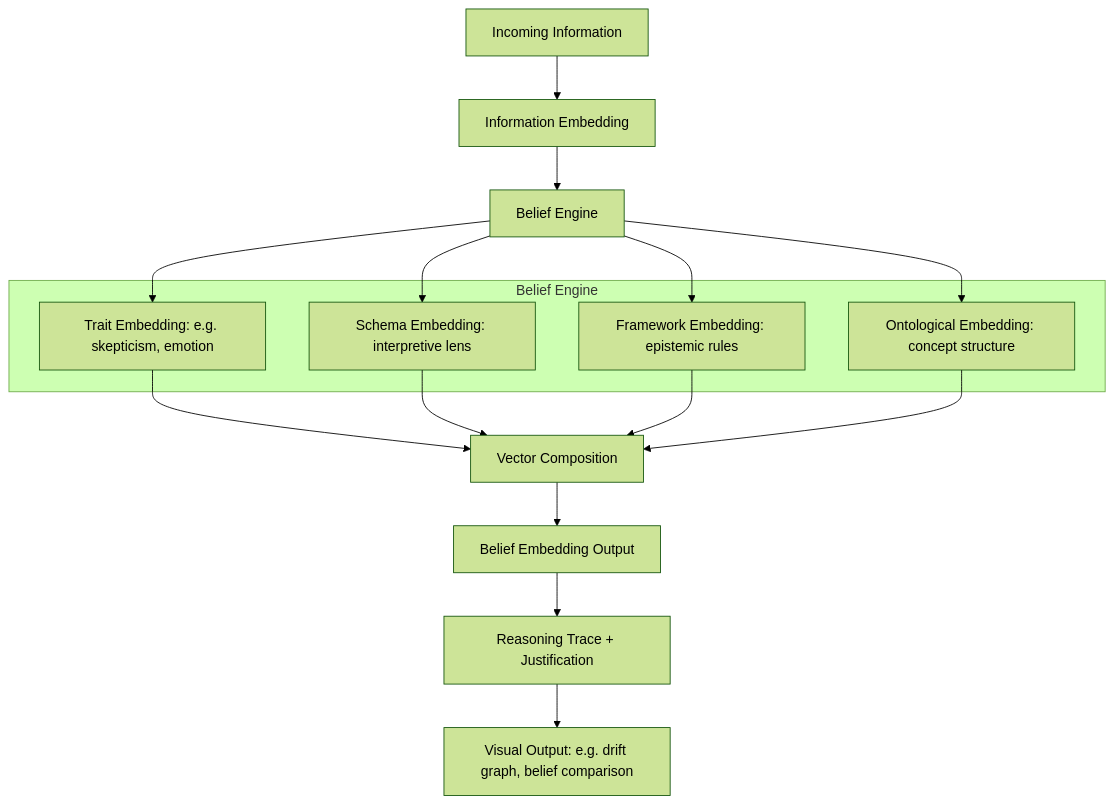
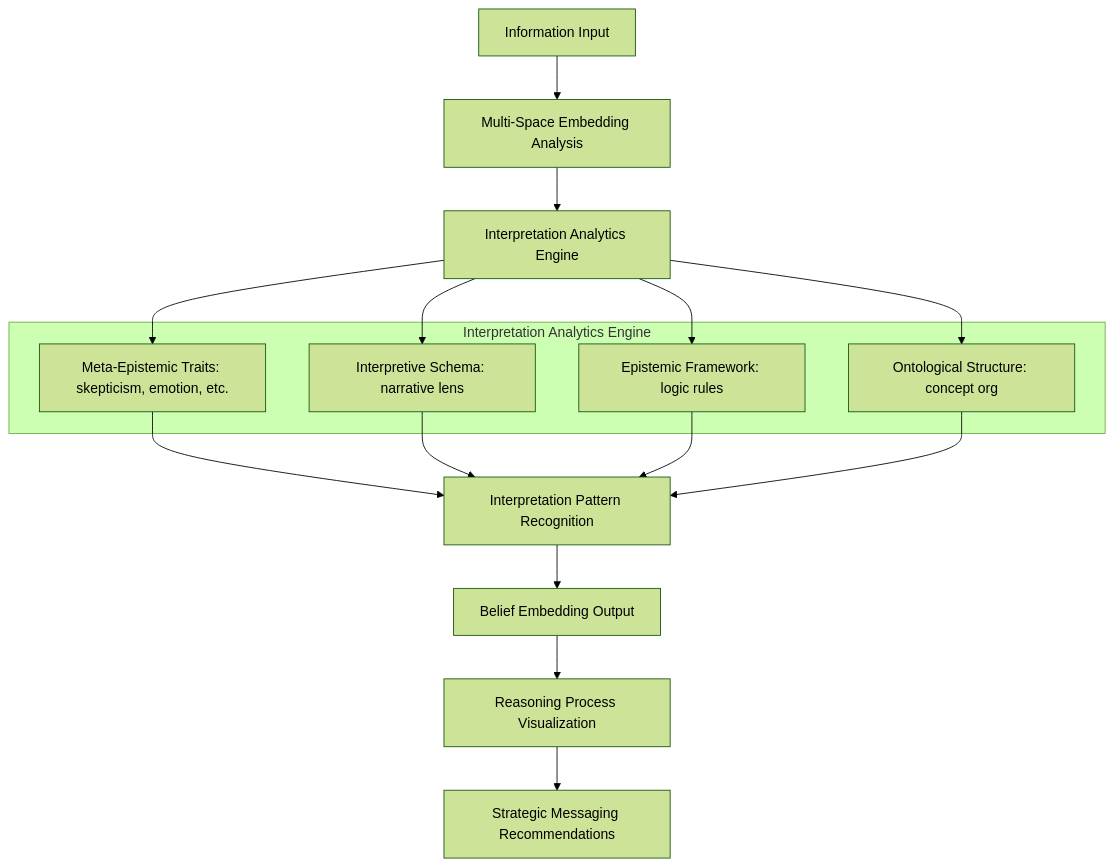
The diagram in index.md (jdspiral/epistemica-site), drawn with Mermaid (forest theme) before and after one commit. The commit also changed other lines of this file and 2 other files, not shown here.

```diff
--- a/index.md
+++ b/index.md
@@ -65,25 +67,25 @@
 <div class="mermaid">
 graph TD
-  A[Incoming Information]
-  A --> B[Information Embedding]
-  B --> C[Belief Engine]
+  A[Information Input]
+  A --> B[Multi-Space Embedding Analysis]
+  B --> C[Interpretation Analytics Engine]
 
-  subgraph Belief Engine
-    C1[Trait Embedding: e.g. skepticism, emotion]
-    C2[Schema Embedding: interpretive lens]
-    C3[Framework Embedding: epistemic rules]
-    C4[Ontological Embedding: concept structure]
+  subgraph Interpretation Analytics Engine
+    C1[Meta-Epistemic Traits: skepticism, emotion, etc.]
+    C2[Interpretive Schema: narrative lens]
+    C3[Epistemic Framework: logic rules]
+    C4[Ontological Structure: concept org]
   end
 
   C --> C1
   C --> C2
   C --> C3
   C --> C4
-  C1 --> D[Vector Composition]
+  C1 --> D[Interpretation Pattern Recognition]
   C2 --> D
   C3 --> D
   C4 --> D
   D --> E[Belief Embedding Output]
-  E --> F[Reasoning Trace + Justification]
-  F --> G[Visual Output: e.g. drift graph, belief comparison]
+  E --> F[Reasoning Process Visualization]
+  F --> G[Strategic Messaging Recommendations]
 </div>
```
